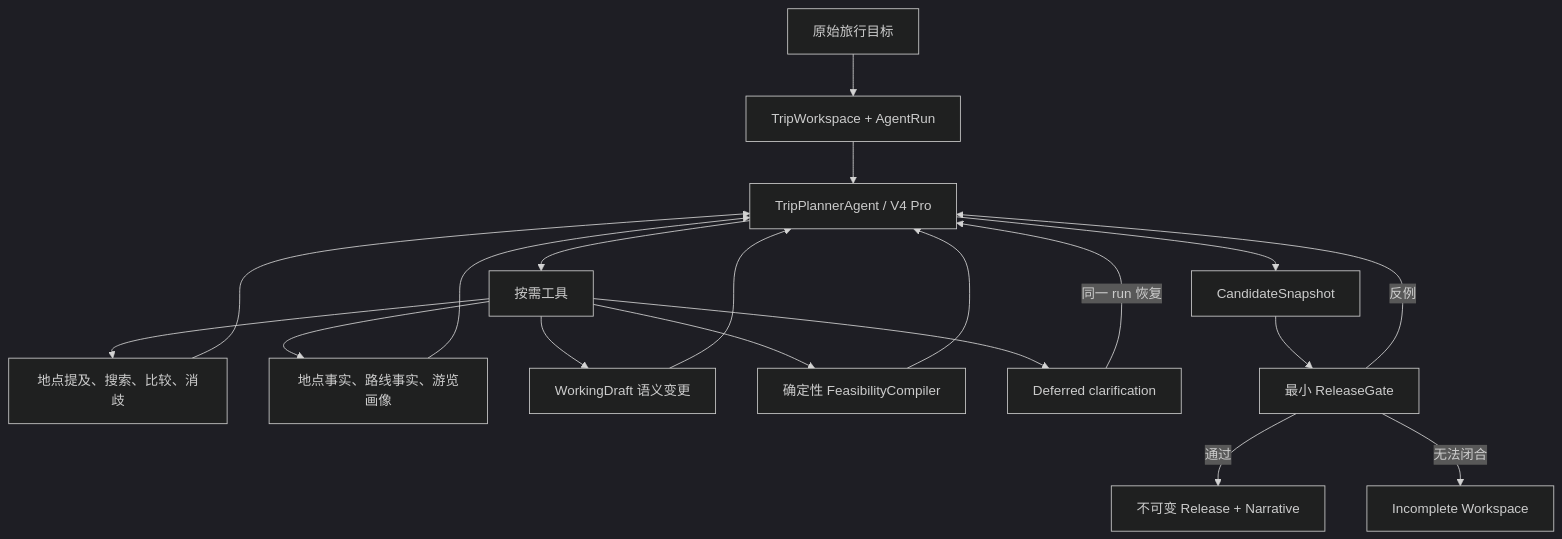
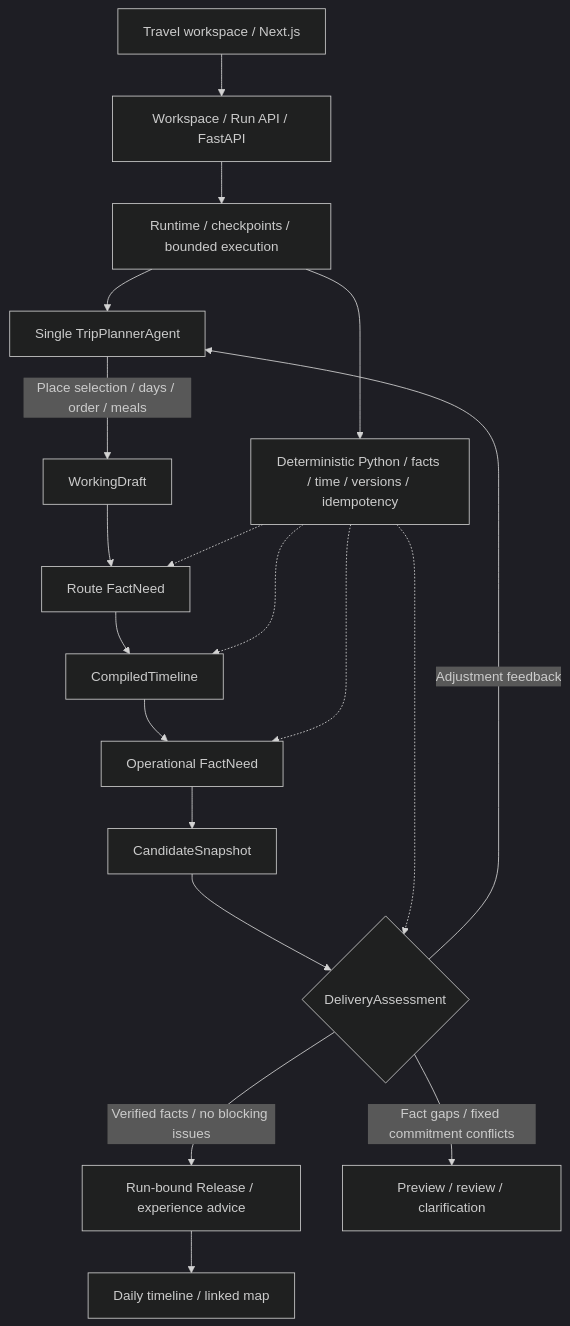
One commit to tutuwangk/Trajecta-Agent changed the diagram in README.md. Above: the diagram before and after it, drawn with Mermaid (dark theme). The commit also changed other lines of this file and 382 other files, not shown here.

Commit message:
feat: ship V3 travel workspace with bilingual documentation

````diff
--- a/README.md
+++ b/README.md
@@ -21,21 +77,21 @@
 ```mermaid
 flowchart TD
-    U["原始旅行目标"] --> W["TripWorkspace + AgentRun"]
-    W --> A["TripPlannerAgent / V4 Pro"]
-    A --> T["按需工具"]
-    T --> P["地点提及、搜索、比较、消歧"]
-    T --> F["地点事实、路线事实、游览画像"]
-    T --> D["WorkingDraft 语义变更"]
-    T --> S["确定性 FeasibilityCompiler"]
-    T --> Q["Deferred clarification"]
-    P --> A
-    F --> A
-    D --> A
-    S --> A
-    Q -->|"同一 run 恢复"| A
-    A --> C["CandidateSnapshot"]
-    C --> G["最小 ReleaseGate"]
-    G -->|"反例"| A
-    G -->|"通过"| R["不可变 Release + Narrative"]
-    G -->|"无法闭合"| I["Incomplete Workspace"]
+  UI["Travel workspace / Next.js"] --> API["Workspace / Run API / FastAPI"]
+  API --> RT["Runtime / checkpoints / bounded execution"]
+  RT --> Agent["Single TripPlannerAgent"]
+  Agent -->|"Place selection / days / order / meals"| Draft["WorkingDraft"]
+  Draft --> Routes["Route FactNeed"]
+  Routes --> Timeline["CompiledTimeline"]
+  Timeline --> Ops["Operational FactNeed"]
+  Ops --> Candidate["CandidateSnapshot"]
+  Candidate --> Gate{"DeliveryAssessment"}
+  Gate -->|"Adjustment feedback"| Agent
+  Gate -->|"Verified facts / no blocking issues"| Release["Run-bound Release / experience advice"]
+  Gate -->|"Fact gaps / fixed commitment conflicts"| Preview["Preview / review / clarification"]
+  Release --> View["Daily timeline / linked map"]
+  RT --> Python["Deterministic Python / facts / time / versions / idempotency"]
+  Python -.-> Routes
+  Python -.-> Timeline
+  Python -.-> Ops
+  Python -.-> Gate
 ```
````
